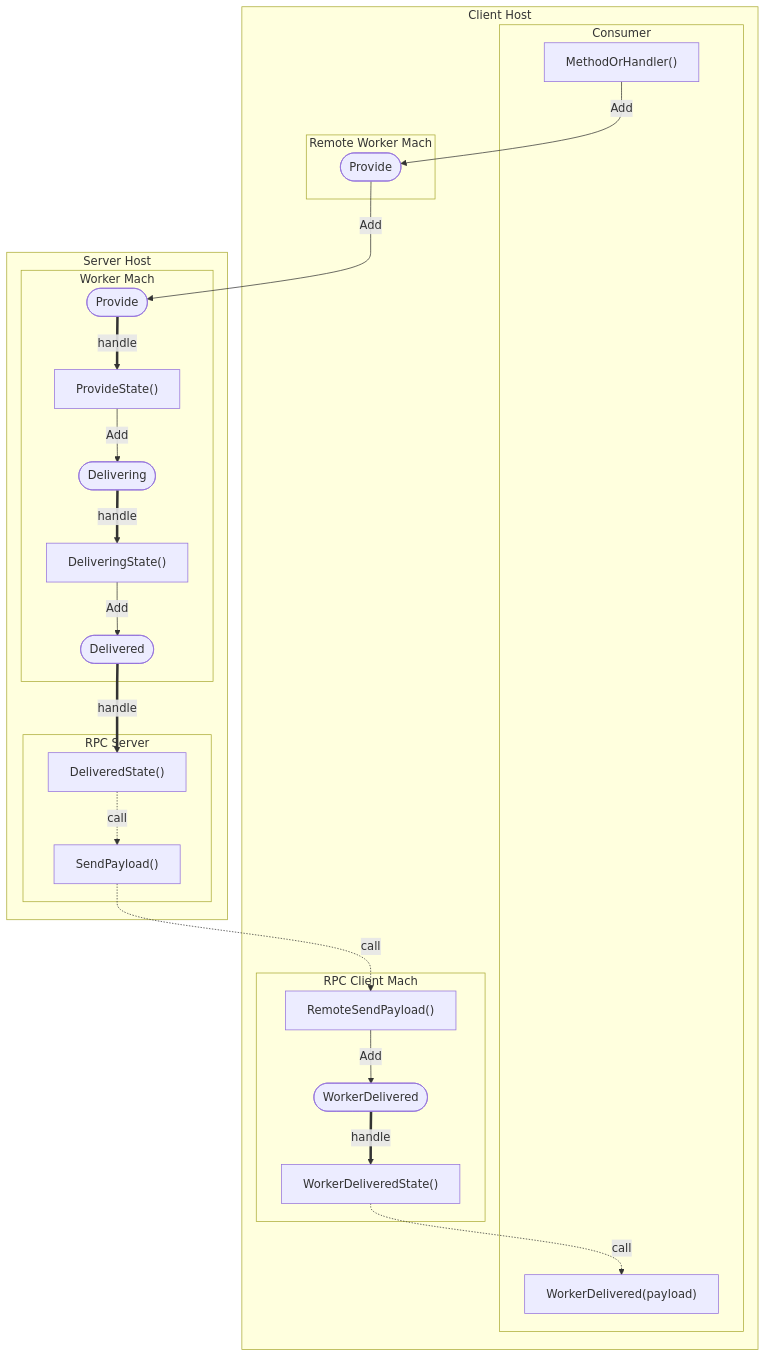
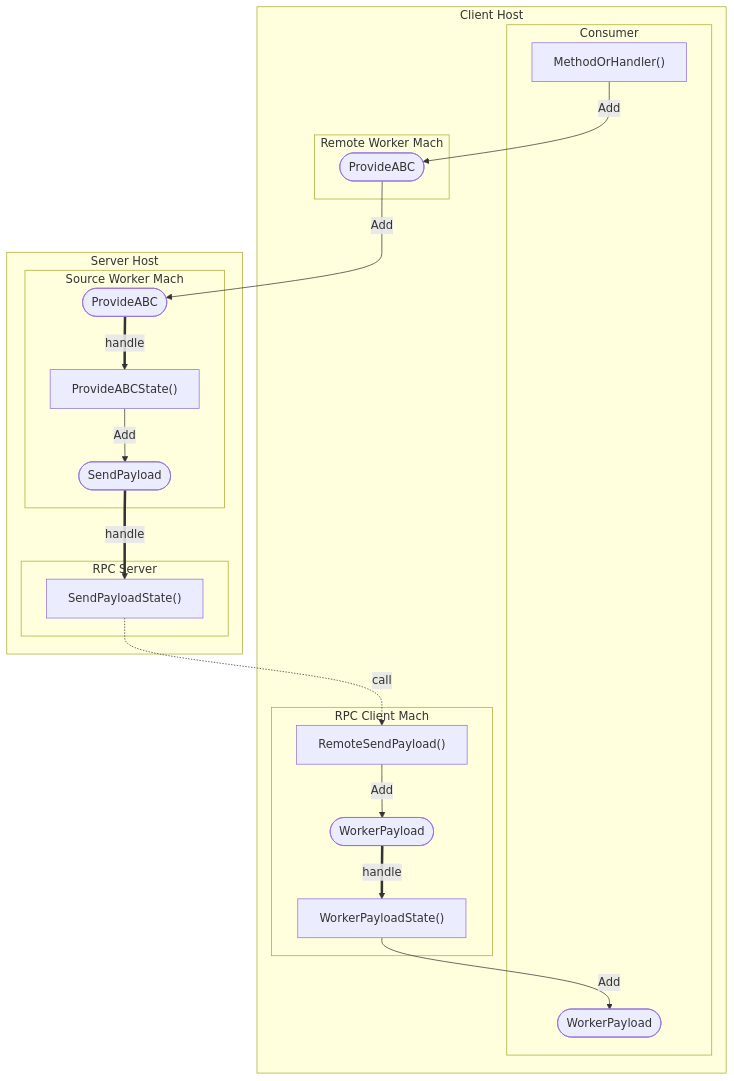
One commit to pancsta/asyncmachine-go changed diagram 11 of 12 in docs/diagrams.md. Above: the diagram before and after it, drawn with Mermaid. The commit also changed 64 other files, not shown here.

````diff
--- a/docs/diagrams.md
+++ b/docs/diagrams.md
@@ -295,52 +295,45 @@
 ```mermaid
 flowchart TB
 
     subgraph ClientHost [Client Host]
         subgraph Consumer
             con-MethodOrHandler["MethodOrHandler()"]
-            con-WorkerDelibered["WorkerDelivered(payload)"]
+            con-WorkerPayload(["WorkerPayload"])
         end
 
         subgraph RemoteWorkerMach [Remote Worker Mach]
         %% Provide Worker is requested to provide some (named) data.
-            rw-Provide([Provide])
+            rw-Provide([ProvideABC])
         end
 
         subgraph RPCClientMach [RPC Client Mach]
-            c-WorkerDelivered([WorkerDelivered])
+            c-WorkerPayload([WorkerPayload])
             c-RemoteSendPayload["RemoteSendPayload()"]
-            c-WorkerDeliveredState["WorkerDeliveredState()"]
+            c-WorkerPayloadState["WorkerPayloadState()"]
         end
     end
 
     subgraph ServerHost [Server Host]
         subgraph RPCServer [RPC Server]
-            s-SendPayload["SendPayload()"]
-            s-DeliveredState["DeliveredState()"]
+            srv-SendPayloadState["SendPayloadState()"]
         end
 
-        subgraph WorkerMach [Worker Mach]
+        subgraph SourceWorkerMach [Source Worker Mach]
         %% Provide Worker is requested to provide some (named) data.
-            w-Provide([Provide])
-        %% Delivering Worker has started send data to the client.
-            w-Delivering([Delivering])
-            w-Delivered([Delivered])
-        %% Delivered Worker has completed sending data to the client.
-            w-ProvideState["ProvideState()"]
-            w-DeliveringState["DeliveringState()"]
+            sw-Provide([ProvideABC])
+            sw-ProvideState["ProvideABCState()"]
+            sw-SendPayload(["SendPayload"])
         end
     end
 
     %% steps
     con-MethodOrHandler -- Add --> rw-Provide
-    rw-Provide -- Add --> w-Provide
-    w-Provide == handle ==> w-ProvideState
-    w-ProvideState -- Add --> w-Delivering
-    w-Delivering == handle ==> w-DeliveringState
-    w-DeliveringState -- Add --> w-Delivered
-    w-Delivered == handle ==> s-DeliveredState
-    s-DeliveredState -. call .-> s-SendPayload -. call .-> c-RemoteSendPayload
-    c-RemoteSendPayload -- Add --> c-WorkerDelivered
-    c-WorkerDelivered == handle ==> c-WorkerDeliveredState
-    c-WorkerDeliveredState -. call .-> con-WorkerDelibered
+    rw-Provide -- Add --> sw-Provide
+    sw-Provide == handle ==> sw-ProvideState
+    sw-ProvideState -- Add --> sw-SendPayload
+    sw-SendPayload == handle ==> srv-SendPayloadState
+    srv-SendPayloadState -. call .-> c-RemoteSendPayload
+    c-RemoteSendPayload -- Add --> c-WorkerPayload
+    c-WorkerPayload == handle ==> c-WorkerPayloadState
+    c-WorkerPayloadState -- Add --> con-WorkerPayload
 ```
````
